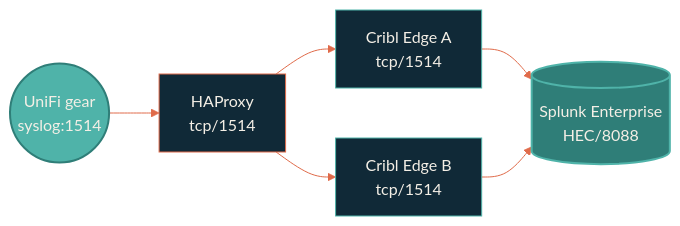
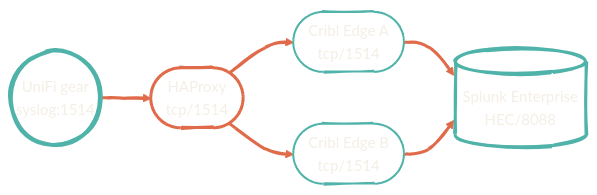
One commit to dryvist/docs changed the first of 2 diagrams in architecture/data-pipelines.mdx. Above: the diagram before and after it, drawn with Mermaid. The commit also changed other lines of this file and 10 other files, not shown here.

First line of the commit message:
fix(diagrams): hand-drawn look + transparent fills across all 10 diagrams

````diff
--- a/architecture/data-pipelines.mdx
+++ b/architecture/data-pipelines.mdx
@@ -14,15 +14,17 @@
 ```mermaid
-%%{init: {'theme':'base','themeVariables':{'primaryColor':'#4FB3A9','primaryTextColor':'#F4EFE6','primaryBorderColor':'#2F7E78','lineColor':'#E06B4A','secondaryColor':'#102937','tertiaryColor':'#0B1D2A','clusterBkg':'#102937','clusterBorder':'#2F7E78'}}}%%
+%%{init: {'theme':'base','look':'handDrawn','themeVariables':{'primaryColor':'#4FB3A9','primaryTextColor':'#F4EFE6','primaryBorderColor':'#2F7E78','lineColor':'#E06B4A','secondaryColor':'#102937','tertiaryColor':'#0B1D2A','clusterBkg':'transparent','clusterBorder':'#4FB3A9','fontFamily':'Geist','fontSize':'15px'}}}%%
 flowchart LR
-  UniFi(("UniFi gear<br/>syslog:1514")) --> HAProxy["HAProxy<br/>tcp/1514"]
-  HAProxy --> Edge1["Cribl Edge A<br/>tcp/1514"]
-  HAProxy --> Edge2["Cribl Edge B<br/>tcp/1514"]
+  UniFi(("UniFi gear<br/>syslog:1514")) --> HAProxy(["HAProxy<br/>tcp/1514"])
+  HAProxy --> Edge1(["Cribl Edge A<br/>tcp/1514"])
+  HAProxy --> Edge2(["Cribl Edge B<br/>tcp/1514"])
   Edge1 --> Splunk[("Splunk Enterprise<br/>HEC/8088")]
   Edge2 --> Splunk
 
-  style UniFi fill:#4FB3A9,stroke:#2F7E78,stroke-width:2px,color:#F4EFE6
-  style HAProxy fill:#102937,stroke:#E06B4A,color:#F4EFE6
-  style Edge1 fill:#102937,stroke:#4FB3A9,color:#F4EFE6
-  style Edge2 fill:#102937,stroke:#4FB3A9,color:#F4EFE6
-  style Splunk fill:#2F7E78,stroke:#4FB3A9,stroke-width:2px,color:#F4EFE6
+  style UniFi fill:transparent,stroke:#4FB3A9,stroke-width:4px,color:#F4EFE6
+  style HAProxy fill:transparent,stroke:#E06B4A,stroke-width:3px,color:#F4EFE6
+  style Edge1 fill:transparent,stroke:#4FB3A9,stroke-width:2px,color:#F4EFE6
+  style Edge2 fill:transparent,stroke:#4FB3A9,stroke-width:2px,color:#F4EFE6
+  style Splunk fill:transparent,stroke:#4FB3A9,stroke-width:3px,color:#F4EFE6
+
+  linkStyle default stroke:#E06B4A,stroke-width:3px
 ```
````
